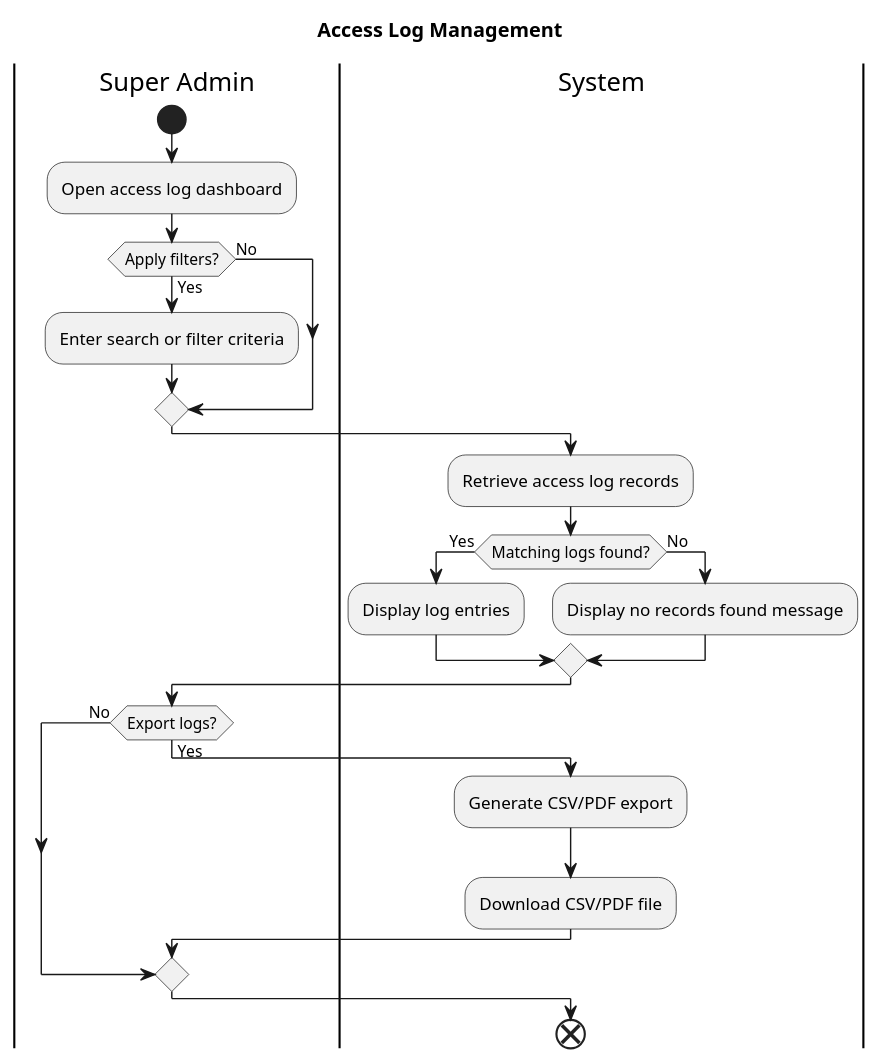
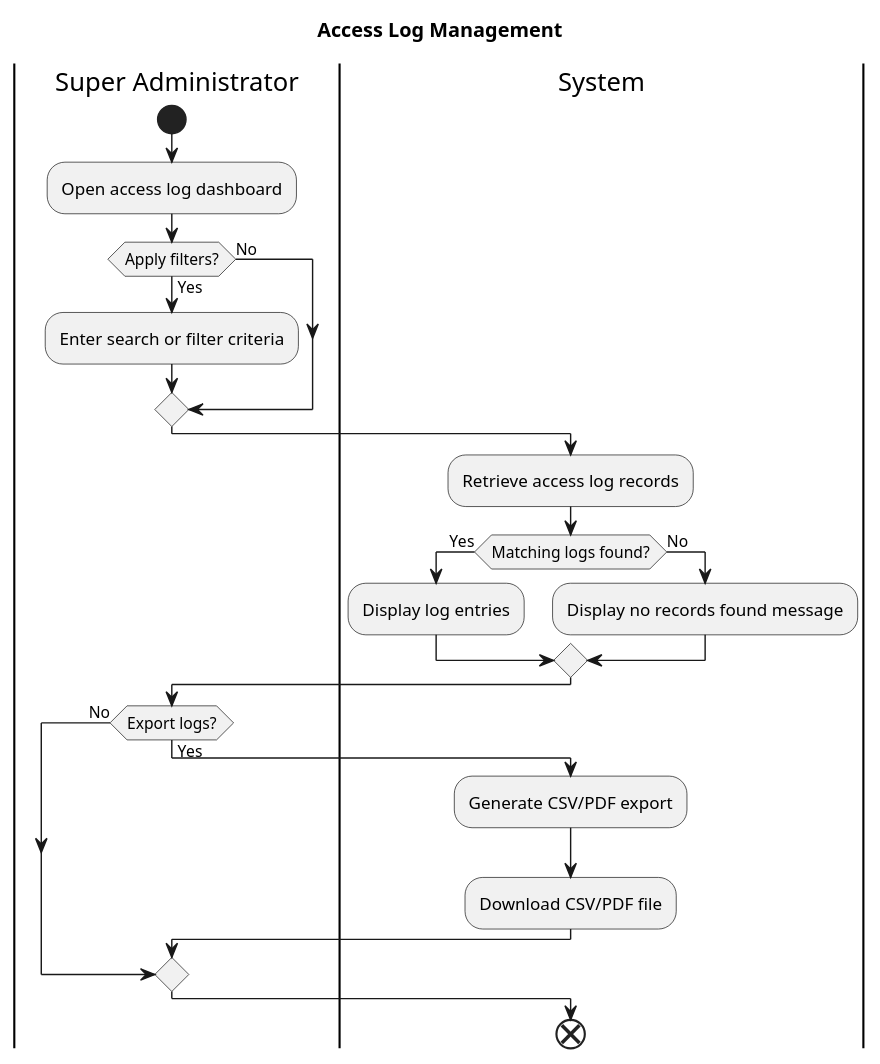
Before and after one commit to JanPerez35/PlantUML: the diagram in activityDiagrams/Access Log Management.puml, drawn with PlantUML. The commit also changed 9 other files, not shown here.

Commit message:
Updated use case and activity diagrams for clarity.

```diff
--- a/activityDiagrams/Access Log Management.puml
+++ b/activityDiagrams/Access Log Management.puml
@@ -1,30 +1,30 @@
 @startuml
 title Access Log Management
 
-|Super Admin|
+|Super Administrator|
 start
 :Open access log dashboard;
 
 if (Apply filters?) then (Yes)
   :Enter search or filter criteria;
 else (No)
 endif
 
 |System|
 :Retrieve access log records;
 if (Matching logs found?) then (Yes)
   :Display log entries;
 else (No)
   :Display no records found message;
 endif
 
-|Super Admin|
+|Super Administrator|
 if (Export logs?) then (Yes)
   |System|
   :Generate CSV/PDF export;
   :Download CSV/PDF file;
 else (No)
 endif
 
 end
 @enduml
```
